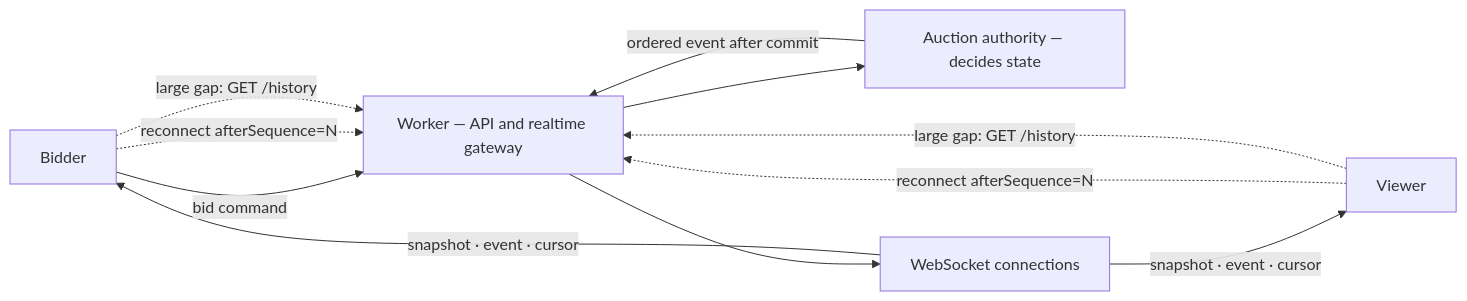
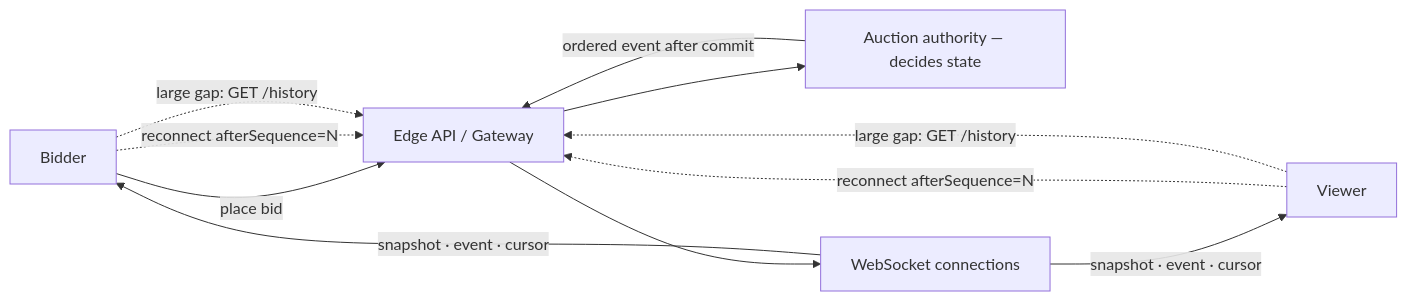
One commit to aranlucas/live-auction changed the fourth of 12 diagrams in SYSTEM_DESIGN.md. Above: the diagram before and after it, drawn with Mermaid. The commit also changed other lines of this file, not shown here.

Commit message:
docs: label the edge API gateway boundary

````diff
--- a/SYSTEM_DESIGN.md
+++ b/SYSTEM_DESIGN.md
@@ -226,18 +228,18 @@
 ```mermaid
 flowchart LR
     Bidder[Bidder]
     Viewer[Viewer]
-    Worker["Worker — API and realtime gateway"]
+    Gateway["Edge API / Gateway"]
     Auction["Auction authority — decides state"]
     Sockets[WebSocket connections]
 
-    Bidder -->|bid command| Worker --> Auction
-    Auction -->|ordered event after commit| Worker
-    Worker --> Sockets
+    Bidder -->|place bid| Gateway --> Auction
+    Auction -->|ordered event after commit| Gateway
+    Gateway --> Sockets
     Sockets -->|snapshot · event · cursor| Bidder
     Sockets -->|snapshot · event · cursor| Viewer
-    Bidder -.->|"reconnect afterSequence=N"| Worker
-    Viewer -.->|"reconnect afterSequence=N"| Worker
-    Bidder -.->|"large gap: GET /history"| Worker
-    Viewer -.->|"large gap: GET /history"| Worker
+    Bidder -.->|"reconnect afterSequence=N"| Gateway
+    Viewer -.->|"reconnect afterSequence=N"| Gateway
+    Bidder -.->|"large gap: GET /history"| Gateway
+    Viewer -.->|"large gap: GET /history"| Gateway
 ```
````
